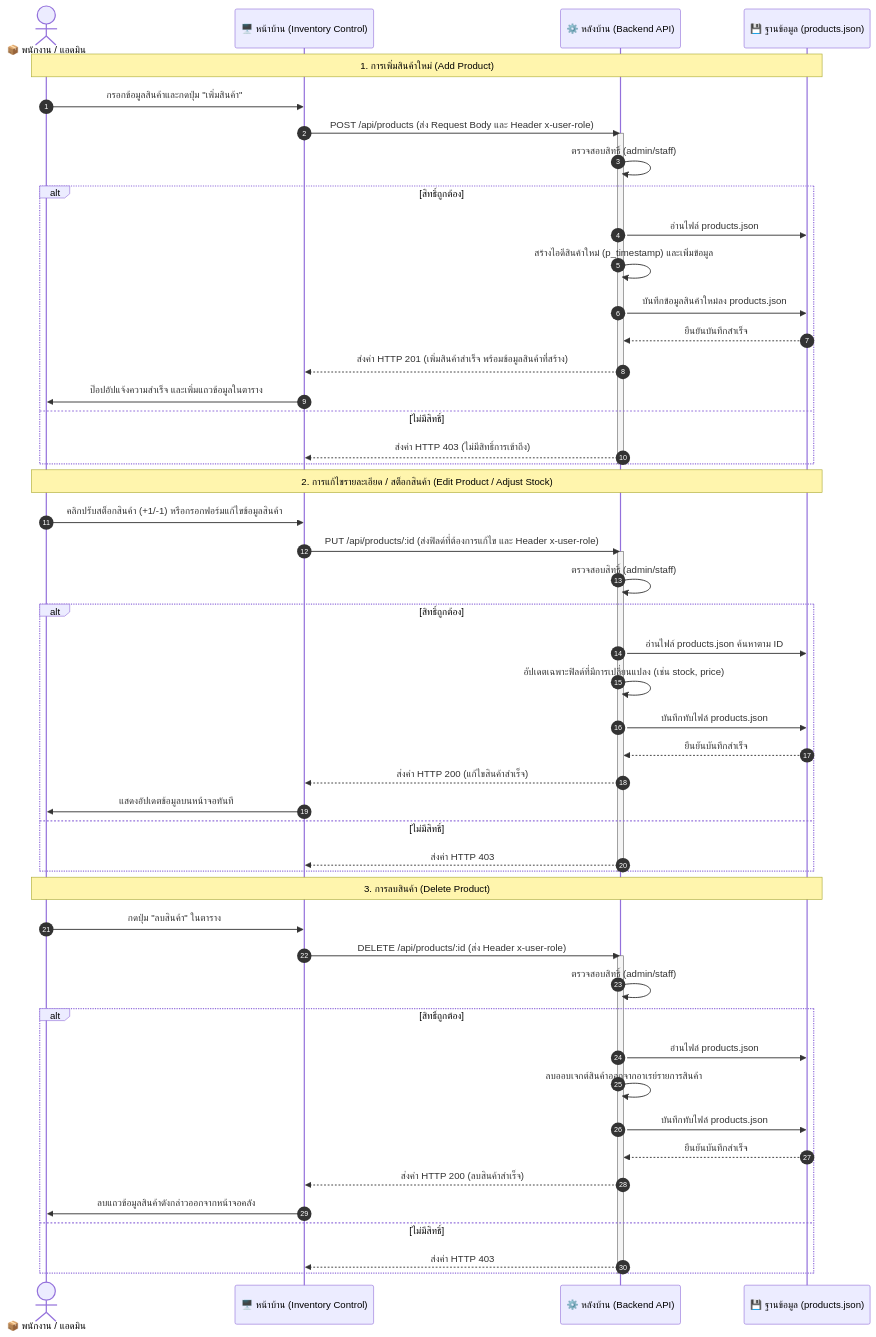
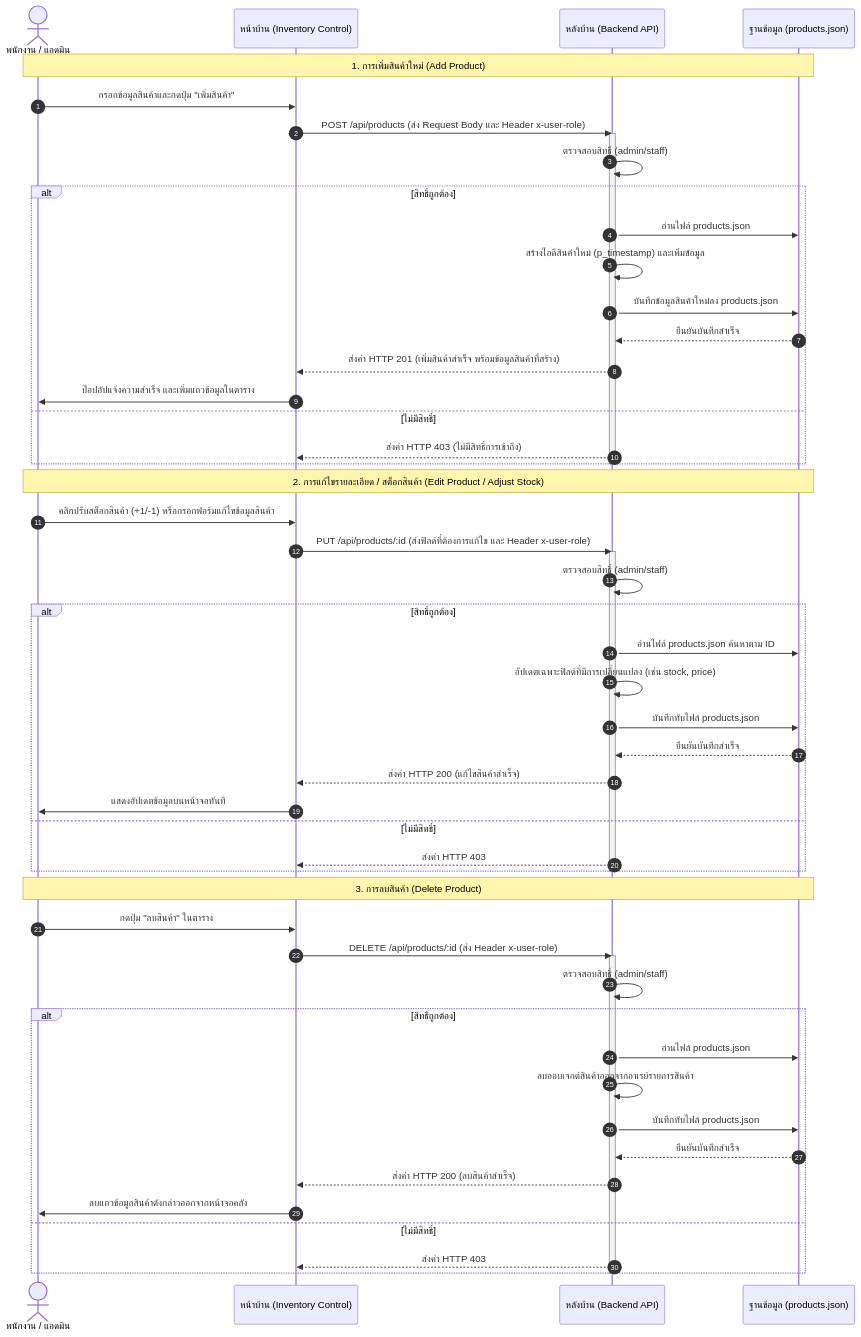
Before and after one commit to neoaway2909/fitpung: the seventh of 8 diagrams in system_design.md, drawn with Mermaid. The commit also changed other lines of this file, not shown here.

````diff
--- a/system_design.md
+++ b/system_design.md
@@ -428,59 +429,59 @@
 ```mermaid
 sequenceDiagram
   autonumber
-  actor Staff as 📦 พนักงาน / แอดมิน
-  participant FE as 🖥️ หน้าบ้าน (Inventory Control)
-  participant BE as ⚙️ หลังบ้าน (Backend API)
-  participant DB as 💾 ฐานข้อมูล (products.json)
+  actor Staff as พนักงาน / แอดมิน
+  participant FE as หน้าบ้าน (Inventory Control)
+  participant BE as หลังบ้าน (Backend API)
+  participant DB as ฐานข้อมูล (products.json)
 
   Note over Staff, DB: 1. การเพิ่มสินค้าใหม่ (Add Product)
   Staff->>FE: กรอกข้อมูลสินค้าและกดปุ่ม "เพิ่มสินค้า"
   FE->>BE: POST /api/products (ส่ง Request Body และ Header x-user-role)
   activate BE
   BE->>BE: ตรวจสอบสิทธิ์ (admin/staff)
   alt สิทธิ์ถูกต้อง
     BE->>DB: อ่านไฟล์ products.json
     BE->>BE: สร้างไอดีสินค้าใหม่ (p_timestamp) และเพิ่มข้อมูล
     BE->>DB: บันทึกข้อมูลสินค้าใหม่ลง products.json
     DB-->>BE: ยืนยันบันทึกสำเร็จ
     BE-->>FE: ส่งค่า HTTP 201 (เพิ่มสินค้าสำเร็จ พร้อมข้อมูลสินค้าที่สร้าง)
     FE->>Staff: ป๊อปอัปแจ้งความสำเร็จ และเพิ่มแถวข้อมูลในตาราง
   else ไม่มีสิทธิ์
     BE-->>FE: ส่งค่า HTTP 403 (ไม่มีสิทธิ์การเข้าถึง)
   end
   deactivate BE
 
   Note over Staff, DB: 2. การแก้ไขรายละเอียด / สต็อกสินค้า (Edit Product / Adjust Stock)
   Staff->>FE: คลิกปรับสต็อกสินค้า (+1/-1) หรือกรอกฟอร์มแก้ไขข้อมูลสินค้า
   FE->>BE: PUT /api/products/:id (ส่งฟิลด์ที่ต้องการแก้ไข และ Header x-user-role)
   activate BE
   BE->>BE: ตรวจสอบสิทธิ์ (admin/staff)
   alt สิทธิ์ถูกต้อง
     BE->>DB: อ่านไฟล์ products.json ค้นหาตาม ID
     BE->>BE: อัปเดตเฉพาะฟิลด์ที่มีการเปลี่ยนแปลง (เช่น stock, price)
     BE->>DB: บันทึกทับไฟล์ products.json
     DB-->>BE: ยืนยันบันทึกสำเร็จ
     BE-->>FE: ส่งค่า HTTP 200 (แก้ไขสินค้าสำเร็จ)
     FE->>Staff: แสดงอัปเดตข้อมูลบนหน้าจอทันที
   else ไม่มีสิทธิ์
     BE-->>FE: ส่งค่า HTTP 403
   end
   deactivate BE
 
   Note over Staff, DB: 3. การลบสินค้า (Delete Product)
   Staff->>FE: กดปุ่ม "ลบสินค้า" ในตาราง
   FE->>BE: DELETE /api/products/:id (ส่ง Header x-user-role)
   activate BE
   BE->>BE: ตรวจสอบสิทธิ์ (admin/staff)
   alt สิทธิ์ถูกต้อง
     BE->>DB: อ่านไฟล์ products.json
     BE->>BE: ลบออบเจกต์สินค้าออกจากอาเรย์รายการสินค้า
     BE->>DB: บันทึกทับไฟล์ products.json
     DB-->>BE: ยืนยันบันทึกสำเร็จ
     BE-->>FE: ส่งค่า HTTP 200 (ลบสินค้าสำเร็จ)
     FE->>Staff: ลบแถวข้อมูลสินค้าดังกล่าวออกจากหน้าจอคลัง
   else ไม่มีสิทธิ์
     BE-->>FE: ส่งค่า HTTP 403
   end
   deactivate BE
 ```
````
